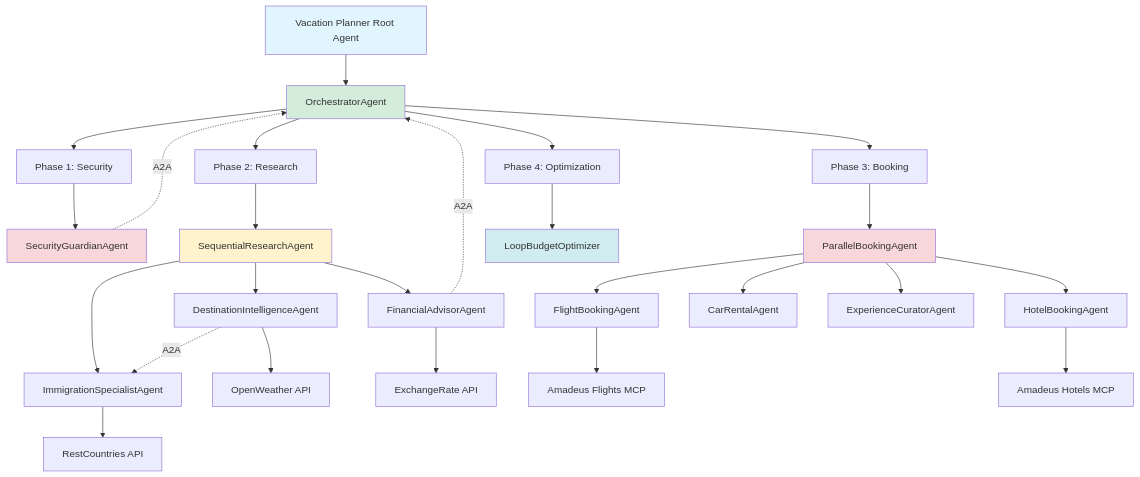
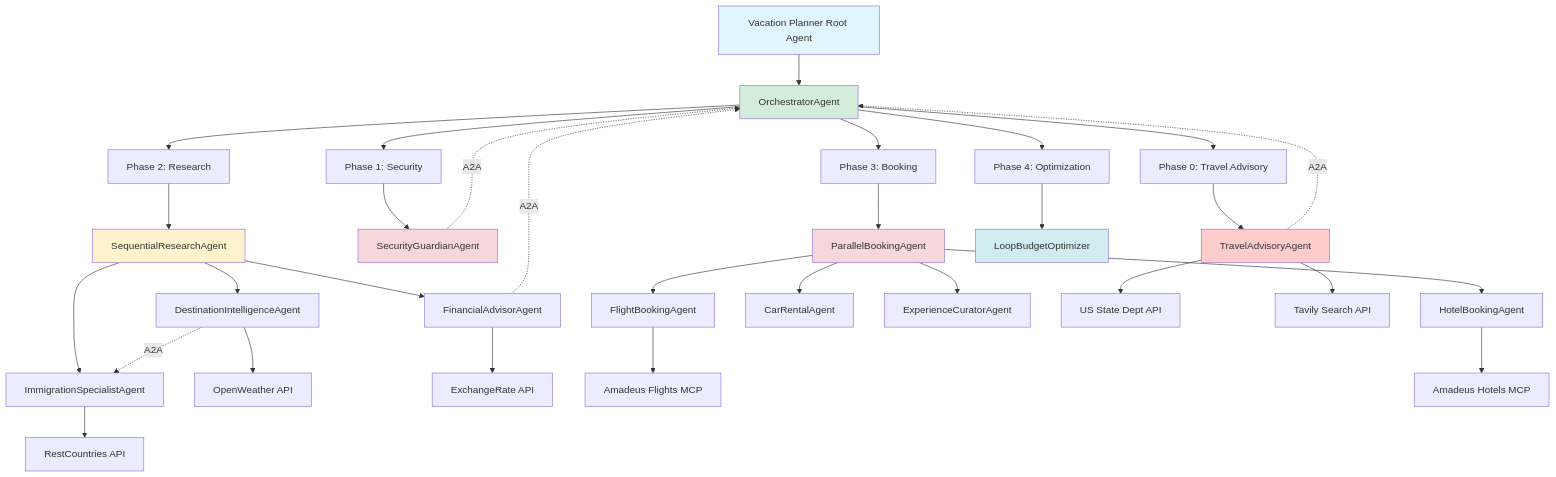
Before and after one commit to RBATHINENI78/AI-Powered_Vacation_Planner: the second of 8 diagrams in docs/actual/ARCHITECTURE_COMPARISON.md, drawn with Mermaid. The commit also changed other lines of this file and 2 other files, not shown here.

First line of the commit message:
Update architecture documentation and remove completed analysis files

````diff
--- a/docs/actual/ARCHITECTURE_COMPARISON.md
+++ b/docs/actual/ARCHITECTURE_COMPARISON.md
@@ -80,41 +81,47 @@
 ```mermaid
 graph TD
     Root[Vacation Planner Root Agent] --> Orch[OrchestratorAgent]
 
+    Orch --> Phase0[Phase 0: Travel Advisory]
     Orch --> Phase1[Phase 1: Security]
     Orch --> Phase2[Phase 2: Research]
     Orch --> Phase3[Phase 3: Booking]
     Orch --> Phase4[Phase 4: Optimization]
 
+    Phase0 --> TA[TravelAdvisoryAgent]
     Phase1 --> SG[SecurityGuardianAgent]
 
     Phase2 --> SEQ[SequentialResearchAgent]
     SEQ --> DI[DestinationIntelligenceAgent]
     SEQ --> IS[ImmigrationSpecialistAgent]
     SEQ --> FA[FinancialAdvisorAgent]
 
     Phase3 --> PAR[ParallelBookingAgent]
     PAR --> FB[FlightBookingAgent]
     PAR --> HB[HotelBookingAgent]
     PAR --> CR[CarRentalAgent]
     PAR --> EC[ExperienceCuratorAgent]
 
     Phase4 --> LOOP[LoopBudgetOptimizer]
 
+    TA --> SD[US State Dept API]
+    TA --> TV[Tavily Search API]
     DI --> OW[OpenWeather API]
     IS --> RC[RestCountries API]
     FA --> ER[ExchangeRate API]
     FB --> AM1[Amadeus Flights MCP]
     HB --> AM2[Amadeus Hotels MCP]
 
+    TA -.A2A.-> Orch
     SG -.A2A.-> Orch
     DI -.A2A.-> IS
     FA -.A2A.-> Orch
 
     style Root fill:#e1f5ff
     style Orch fill:#d4edda
+    style TA fill:#ffcccc
     style SEQ fill:#fff3cd
     style PAR fill:#f8d7da
     style LOOP fill:#d1ecf1
     style SG fill:#f8d7da
 ```
````
